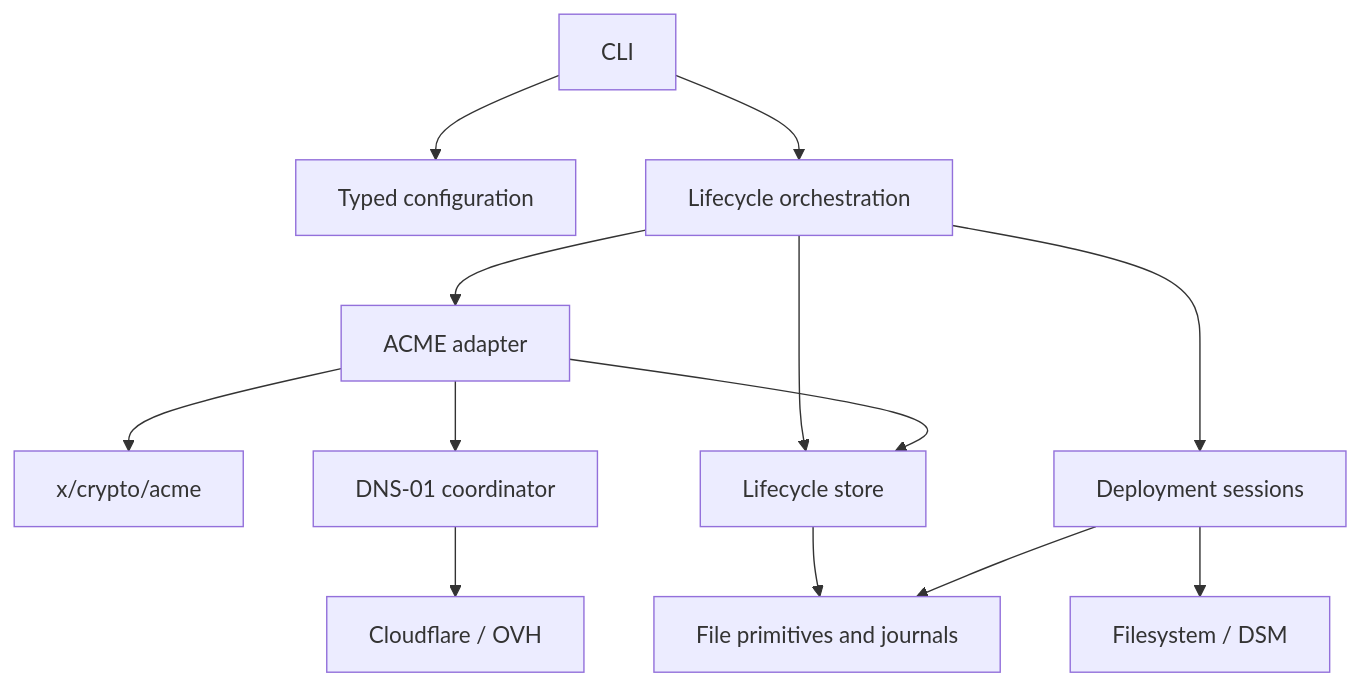
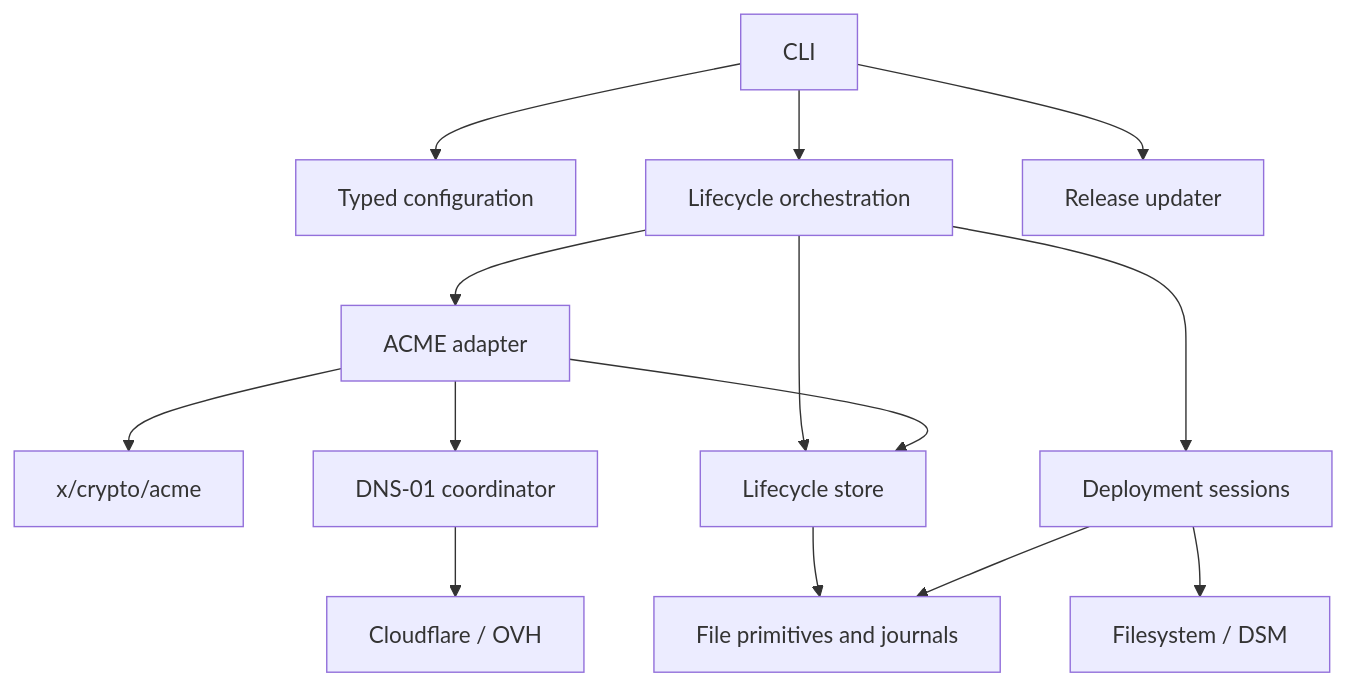
One commit to kernaxis/xcertm changed the diagram in docs/architecture/README.md. Above: the diagram before and after it, drawn with Mermaid. The commit also changed other lines of this file and 14 other files, not shown here.

````diff
--- a/docs/architecture/README.md
+++ b/docs/architecture/README.md
@@ -24,15 +25,16 @@
 ```mermaid
 flowchart TD
     CLI[CLI] --> Config[Typed configuration]
     CLI --> App[Lifecycle orchestration]
+    CLI --> Update[Release updater]
     App --> ACME[ACME adapter]
     ACME --> Protocol[x/crypto/acme]
     ACME --> DNS[DNS-01 coordinator]
     DNS --> Providers[Cloudflare / OVH]
     App --> Deploy[Deployment sessions]
     Deploy --> Targets[Filesystem / DSM]
     App --> Store[Lifecycle store]
     ACME --> Store
     Store --> State[File primitives and journals]
     Deploy --> State
 ```
````
